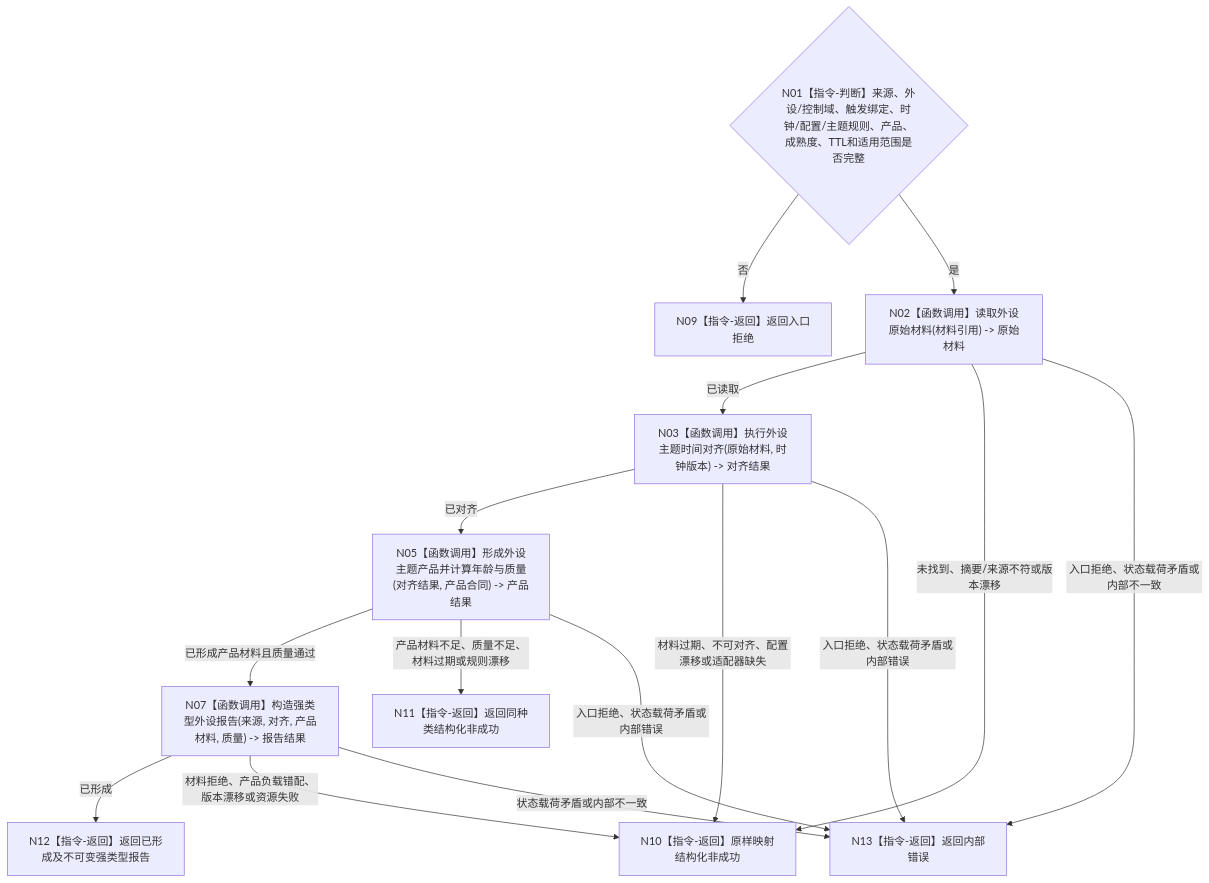
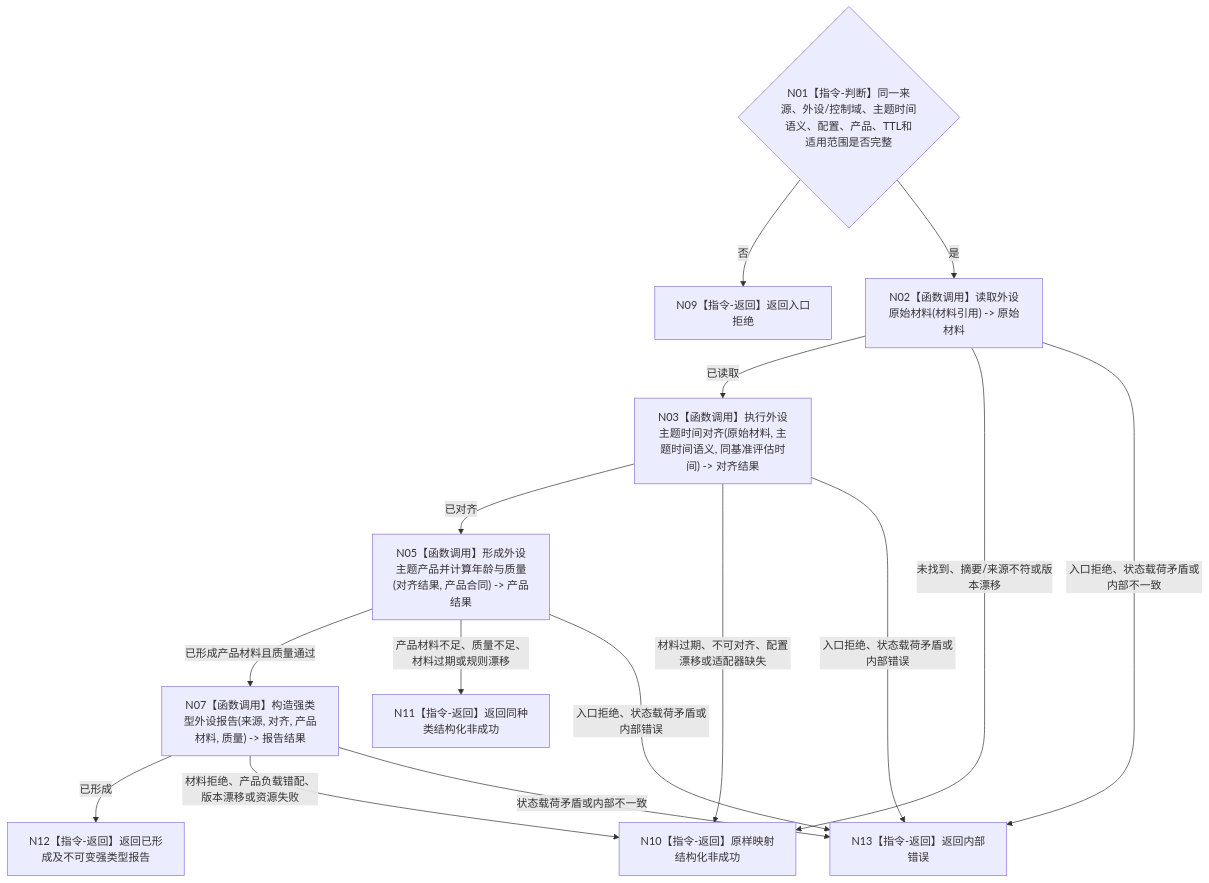
One commit to chunhaizh-cyber/HY-Ego changed the diagram in 流程图/目标业务流程图/L2/BIZ-L2-006-03_时间对齐并形成强类型外设报告_目标函数流程图_v0.2.md. Above: the diagram before and after it, drawn with Mermaid. The commit also changed other lines of this file and 20 other files, not shown here.

````diff
--- a/流程图/目标业务流程图/L2/BIZ-L2-006-03_时间对齐并形成强类型外设报告_目标函数流程图_v0.2.md
+++ b/流程图/目标业务流程图/L2/BIZ-L2-006-03_时间对齐并形成强类型外设报告_目标函数流程图_v0.2.md
@@ -30,17 +30,17 @@
 ```mermaid
 flowchart TD
-    N01{"N01【指令-判断】来源、外设/控制域、触发绑定、时钟/配置/主题规则、产品、成熟度、TTL和适用范围是否完整"} -->|否| N09["N09【指令-返回】返回入口拒绝"]
+    N01{"N01【指令-判断】同一来源、外设/控制域、主题时间语义、配置、产品、TTL和适用范围是否完整"} -->|否| N09["N09【指令-返回】返回入口拒绝"]
     N01 -->|是| N02["N02【函数调用】读取外设原始材料(材料引用) -> 原始材料"]
-    N02 -->|已读取| N03["N03【函数调用】执行外设主题时间对齐(原始材料, 时钟版本) -> 对齐结果"]
+    N02 -->|已读取| N03["N03【函数调用】执行外设主题时间对齐(原始材料, 主题时间语义, 同基准评估时间) -> 对齐结果"]
     N02 -->|未找到、摘要/来源不符或版本漂移| N10["N10【指令-返回】原样映射结构化非成功"]
     N02 -->|入口拒绝、状态载荷矛盾或内部不一致| N13["N13【指令-返回】返回内部错误"]
     N03 -->|已对齐| N05["N05【函数调用】形成外设主题产品并计算年龄与质量(对齐结果, 产品合同) -> 产品结果"]
     N03 -->|材料过期、不可对齐、配置漂移或适配器缺失| N10
     N03 -->|入口拒绝、状态载荷矛盾或内部错误| N13
     N05 -->|已形成产品材料且质量通过| N07["N07【函数调用】构造强类型外设报告(来源, 对齐, 产品材料, 质量) -> 报告结果"]
     N05 -->|产品材料不足、质量不足、材料过期或规则漂移| N11["N11【指令-返回】返回同种类结构化非成功"]
     N05 -->|入口拒绝、状态载荷矛盾或内部错误| N13
     N07 -->|已形成| N12["N12【指令-返回】返回已形成及不可变强类型报告"]
     N07 -->|材料拒绝、产品负载错配、版本漂移或资源失败| N10
     N07 -->|状态载荷矛盾或内部不一致| N13
 ```
````
